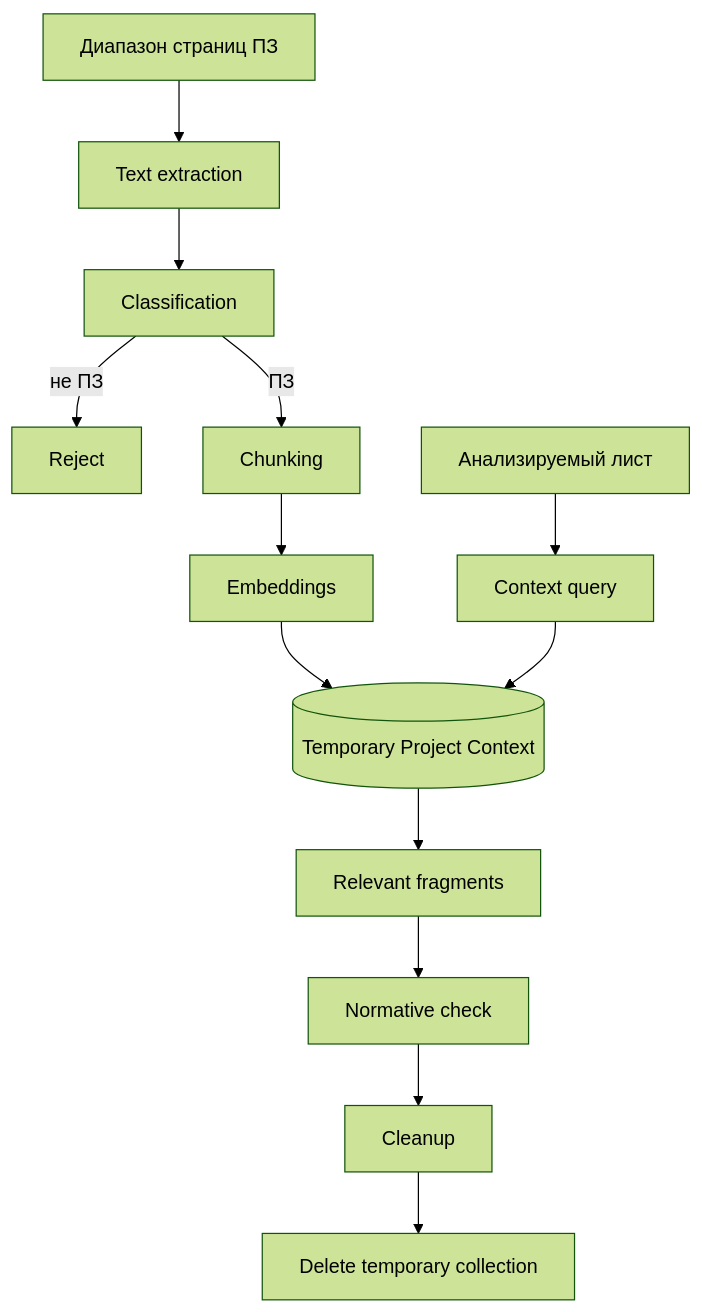
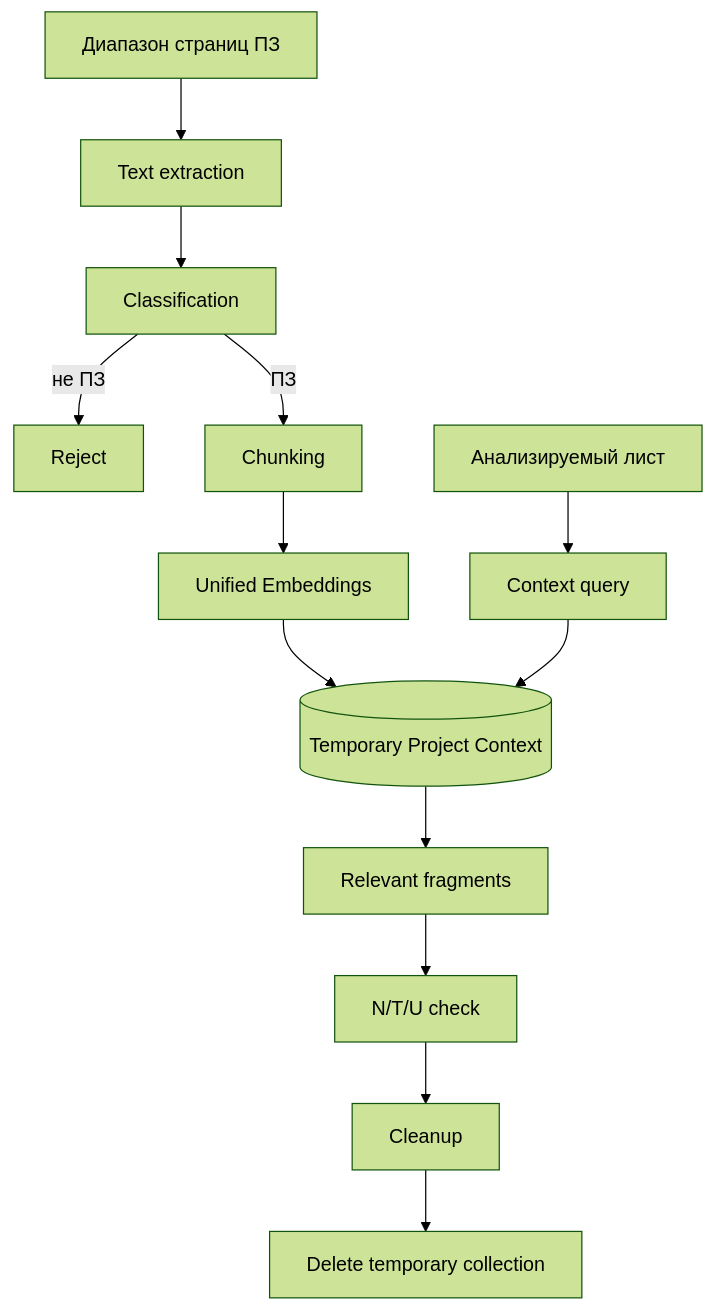
The tenth of 10 diagrams in README.md (Amadu-A/PDRD-validation), drawn with Mermaid (forest theme) before and after one commit. The commit also changed other lines of this file and 7 other files, not shown here.

````diff
--- a/README.md
+++ b/README.md
@@ -614,15 +903,15 @@
 ```mermaid
 flowchart TD
     RANGE["Диапазон страниц ПЗ"] --> TEXT["Text extraction"]
     TEXT --> VALID["Classification"]
     VALID -->|не ПЗ| REJECT["Reject"]
     VALID -->|ПЗ| CHUNK["Chunking"]
-    CHUNK --> EMB["Embeddings"]
+    CHUNK --> EMB["Unified Embeddings"]
     EMB --> TEMP[("Temporary Project Context")]
     PAGE["Анализируемый лист"] --> QUERY["Context query"]
     QUERY --> TEMP
     TEMP --> SOURCES["Relevant fragments"]
-    SOURCES --> CHECK["Normative check"]
+    SOURCES --> CHECK["N/T/U check"]
     CHECK --> CLEAN["Cleanup"]
     CLEAN --> DELETE["Delete temporary collection"]
 ```
````
